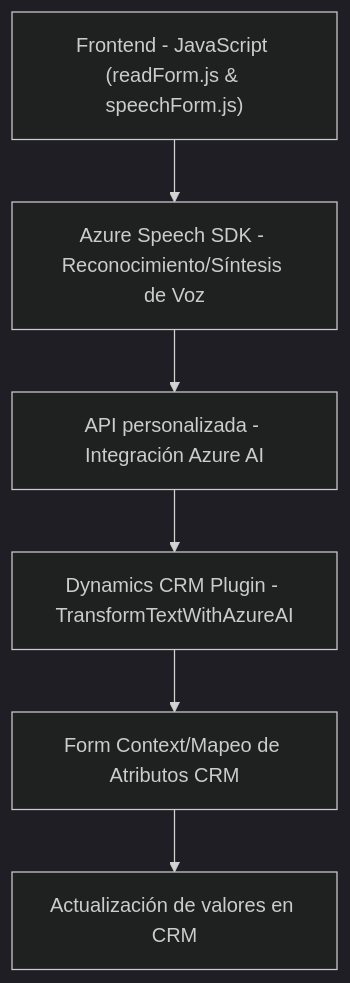
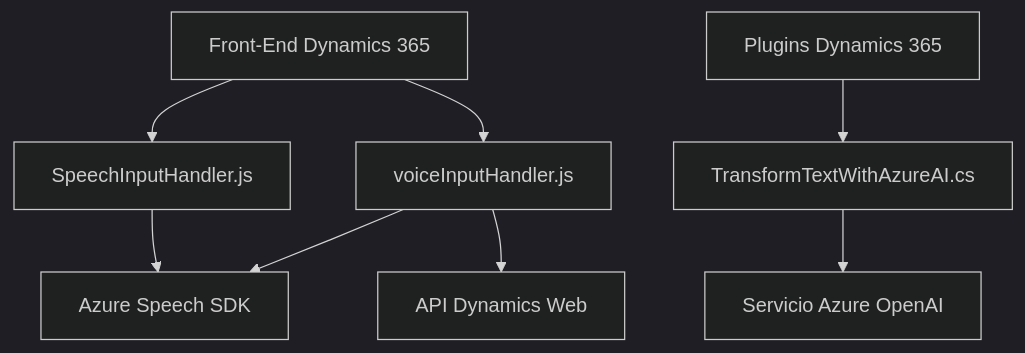
One commit to blopezdm/NETCORE_BILBAO2025 changed the diagram in README.md. Above: the diagram before and after it, drawn with Mermaid (dark theme). The commit also changed other lines of this file, not shown here.

````diff
--- a/README.md
+++ b/README.md
@@ -51,8 +36,19 @@
 ```mermaid
 graph TD
-    A["Frontend - JavaScript (readForm.js & speechForm.js)"] --> B["Azure Speech SDK - Reconocimiento/Síntesis de Voz"]
-    B --> C["API personalizada - Integración Azure AI"]
-    C --> D["Dynamics CRM Plugin - TransformTextWithAzureAI"]
-    D --> E["Form Context/Mapeo de Atributos CRM"]
-    E --> F["Actualización de valores en CRM"]
+    A["Front-End Dynamics 365"]
+    B["SpeechInputHandler.js"]
+    C["voiceInputHandler.js"]
+    D["Azure Speech SDK"]
+    E["API Dynamics Web"]
+    F["Plugins Dynamics 365"]
+    G["TransformTextWithAzureAI.cs"]
+    H["Servicio Azure OpenAI"]
+    
+    A --> B
+    A --> C
+    B --> D
+    C --> D
+    C --> E
+    F --> G
+    G --> H
 ```
````
